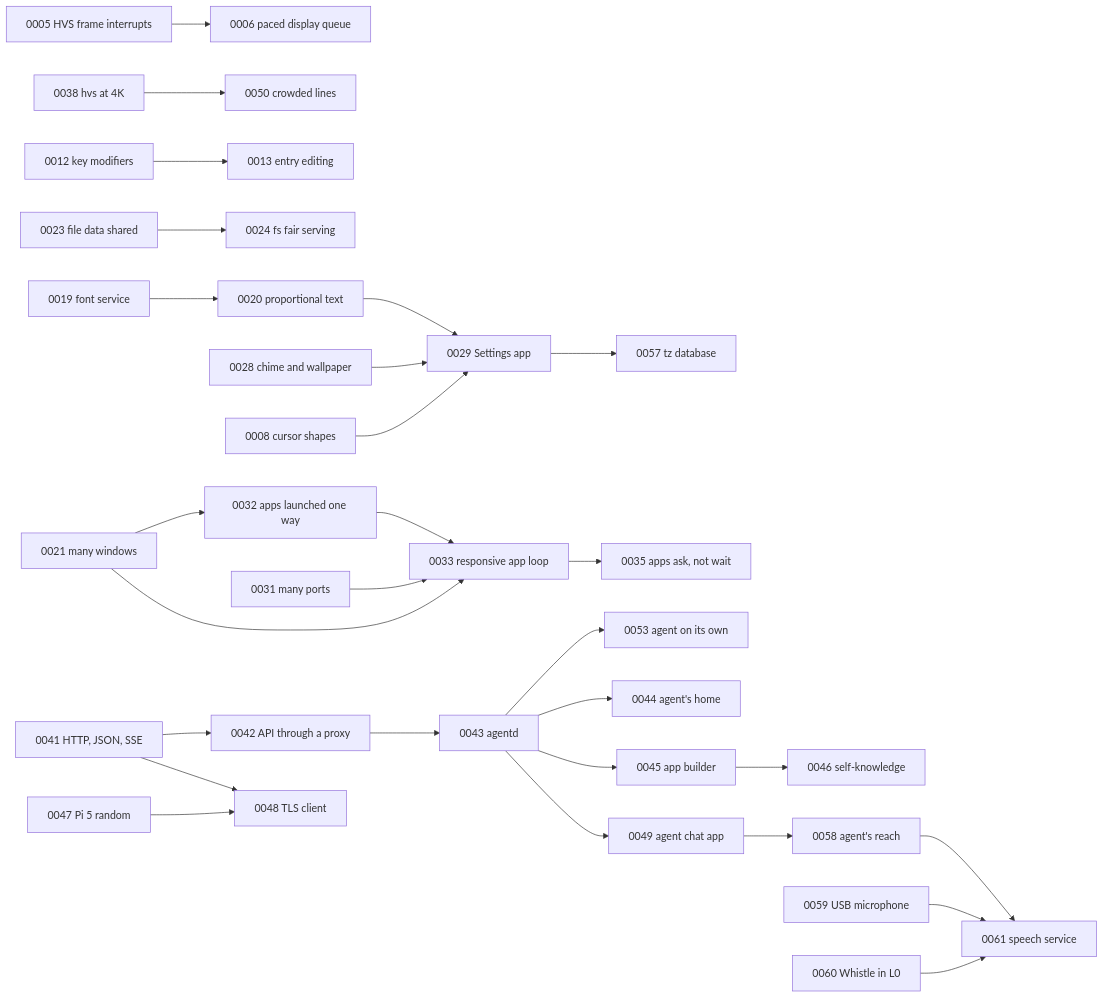
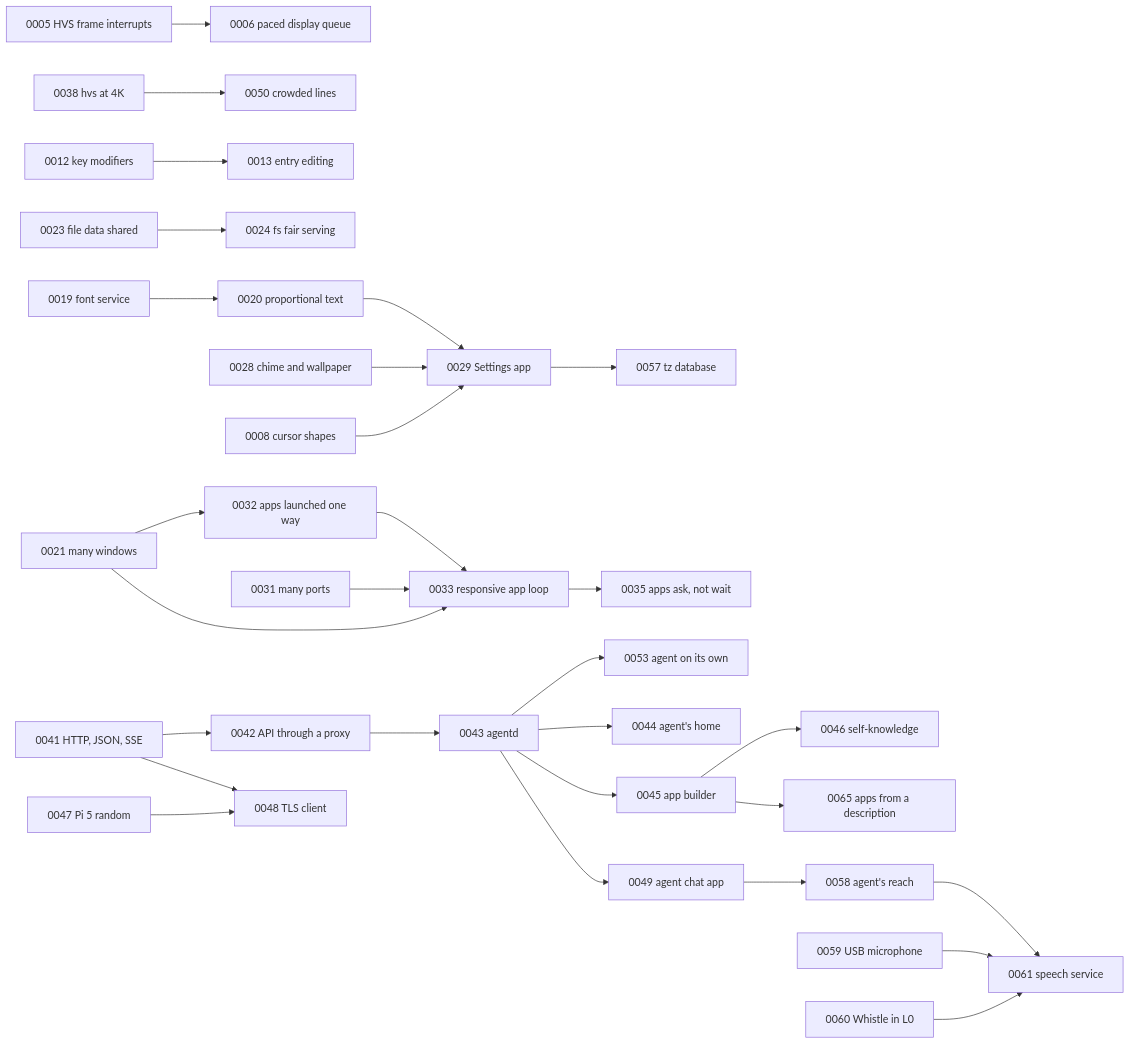
Before and after one commit to misleb/L0S: the diagram in roadmap/INDEX.md, drawn with Mermaid. The commit also changed other lines of this file and 73 other files, not shown here.

First line of the commit message:
Roadmap 0065 done: apps from a description

````diff
--- a/roadmap/INDEX.md
+++ b/roadmap/INDEX.md
@@ -72,30 +72,31 @@
 ```mermaid
 graph LR
   0005[0005 HVS frame interrupts] --> 0006[0006 paced display queue]
   0038[0038 hvs at 4K] --> 0050[0050 crowded lines]
   0012[0012 key modifiers] --> 0013[0013 entry editing]
   0019[0019 font service] --> 0020[0020 proportional text]
   0023[0023 file data shared] --> 0024[0024 fs fair serving]
   0028[0028 chime and wallpaper] --> 0029[0029 Settings app]
   0008[0008 cursor shapes] --> 0029
   0020 --> 0029
   0029 --> 0057[0057 tz database]
   0021[0021 many windows] --> 0032[0032 apps launched one way]
   0032 --> 0033[0033 responsive app loop]
   0033 --> 0035[0035 apps ask, not wait]
   0031[0031 many ports] --> 0033
   0021 --> 0033
   0041[0041 HTTP, JSON, SSE] --> 0042[0042 API through a proxy]
   0042 --> 0043[0043 agentd]
   0043 --> 0053[0053 agent on its own]
   0043 --> 0044[0044 agent's home]
   0043 --> 0045[0045 app builder]
   0045 --> 0046[0046 self-knowledge]
+  0045 --> 0065[0065 apps from a description]
   0043 --> 0049[0049 agent chat app]
   0049 --> 0058[0058 agent's reach]
   0058 --> 0061[0061 speech service]
   0059[0059 USB microphone] --> 0061
   0060[0060 Whistle in L0] --> 0061
   0041 --> 0048[0048 TLS client]
   0047[0047 Pi 5 random] --> 0048
 ```
````
